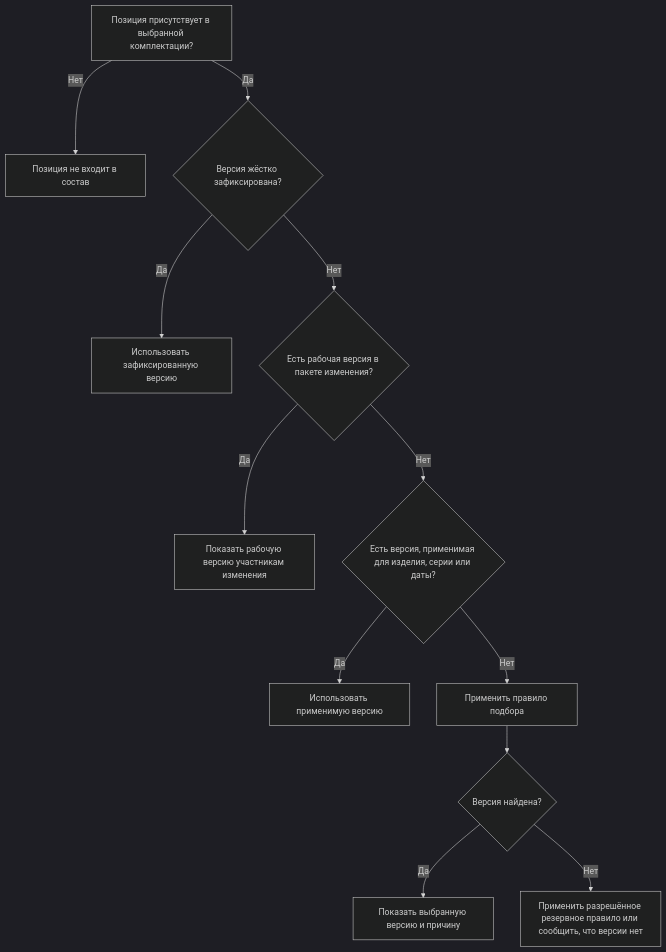
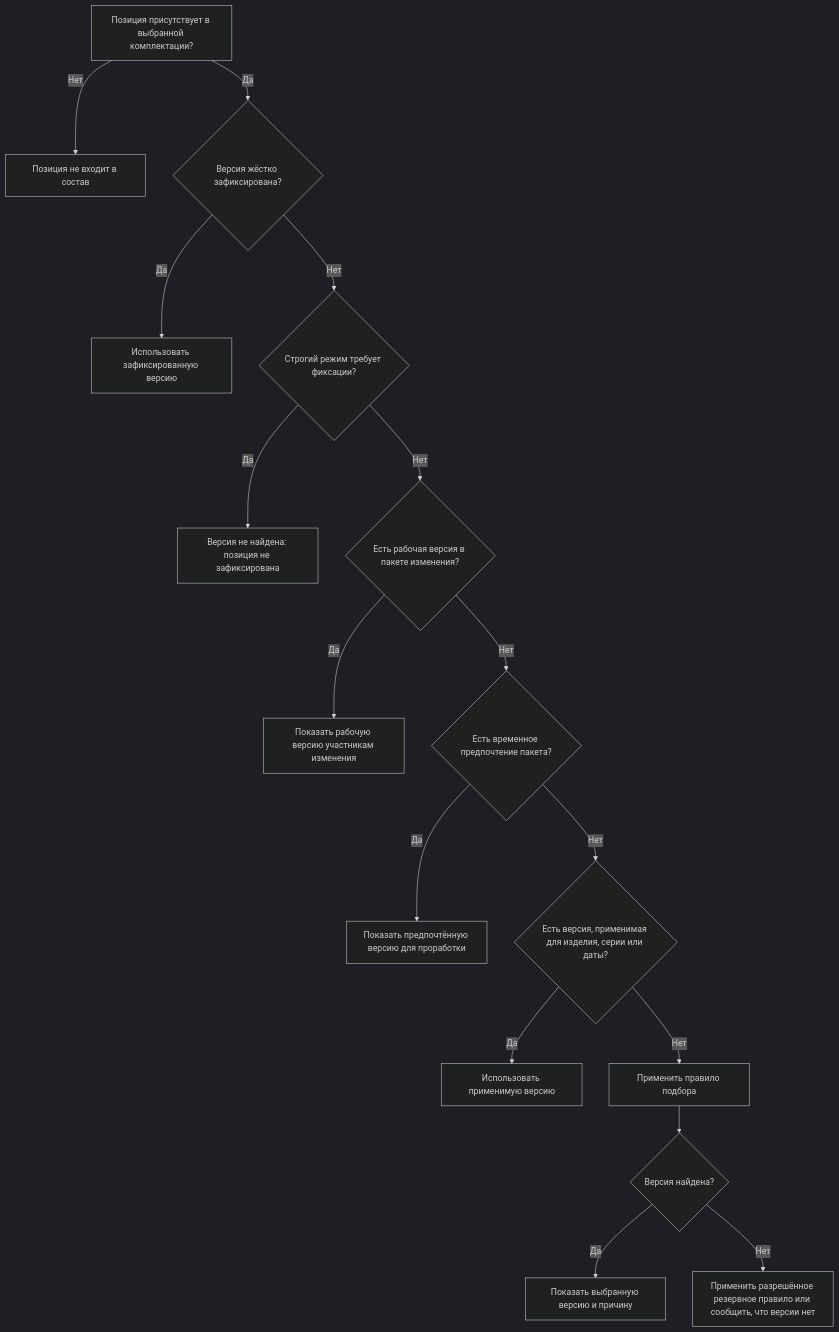
The diagram in wiki/Version-selection-guide.md (ZelAnton/Interlink-product-book), drawn with Mermaid (dark theme) before and after one commit. The commit also changed other lines of this file and 67 other files, not shown here.

````diff
--- a/wiki/Version-selection-guide.md
+++ b/wiki/Version-selection-guide.md
@@ -38,14 +38,18 @@
 ```mermaid
 flowchart TD
     A["Позиция присутствует в выбранной комплектации?"] -->|Нет| B["Позиция не входит в состав"]
     A -->|Да| C{"Версия жёстко зафиксирована?"}
     C -->|Да| D["Использовать зафиксированную версию"]
-    C -->|Нет| E{"Есть рабочая версия в пакете изменения?"}
+    C -->|Нет| S{"Строгий режим требует фиксации?"}
+    S -->|Да| T["Версия не найдена: позиция не зафиксирована"]
+    S -->|Нет| E{"Есть рабочая версия в пакете изменения?"}
     E -->|Да| F["Показать рабочую версию участникам изменения"]
-    E -->|Нет| G{"Есть версия, применимая для изделия, серии или даты?"}
+    E -->|Нет| P{"Есть временное предпочтение пакета?"}
+    P -->|Да| Q["Показать предпочтённую версию для проработки"]
+    P -->|Нет| G{"Есть версия, применимая для изделия, серии или даты?"}
     G -->|Да| H["Использовать применимую версию"]
     G -->|Нет| I["Применить правило подбора"]
     I --> J{"Версия найдена?"}
     J -->|Да| K["Показать выбранную версию и причину"]
     J -->|Нет| L["Применить разрешённое резервное правило или сообщить, что версии нет"]
 ```
````
